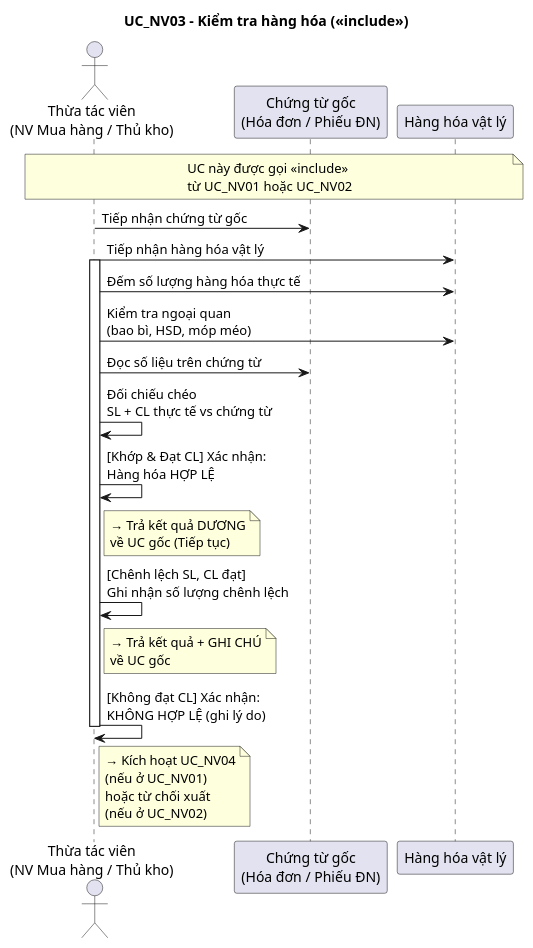
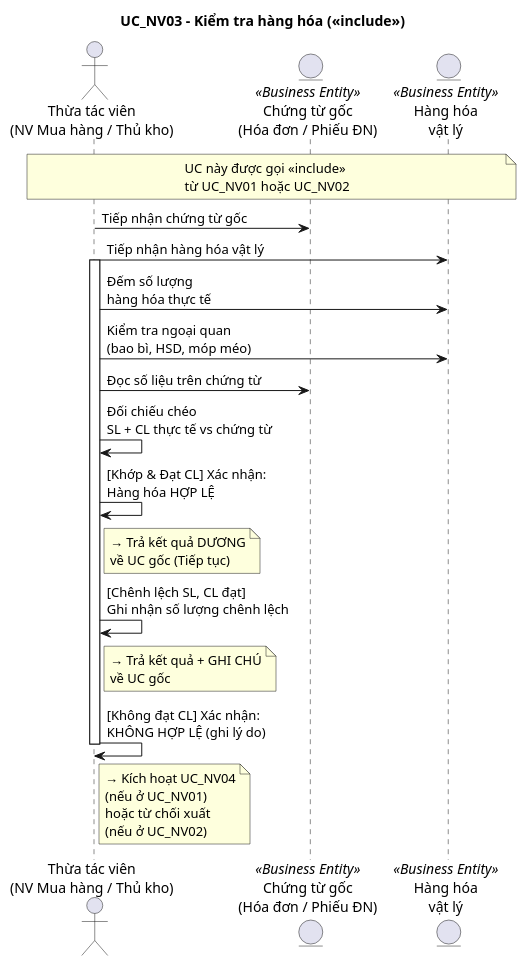
One commit to OXplakhoa/StorageManager changed the diagram in diagrams/sequence_nv/seq_uc_nv03_kiem_tra.md. Above: the diagram before and after it, drawn with PlantUML. The commit also changed 9 other files, not shown here.

Commit message:
feat: add more skills base on syllabus and fix sequence diagram

````diff
--- a/diagrams/sequence_nv/seq_uc_nv03_kiem_tra.md
+++ b/diagrams/sequence_nv/seq_uc_nv03_kiem_tra.md
@@ -3,32 +3,32 @@
 ```plantuml
 @startuml
 title UC_NV03 – Kiểm tra hàng hóa (<<include>>)
 
 actor "Thừa tác viên\n(NV Mua hàng / Thủ kho)" as TAV
-participant "Chứng từ gốc\n(Hóa đơn / Phiếu ĐN)" as CT
-participant "Hàng hóa vật lý" as HH
+entity "Chứng từ gốc\n(Hóa đơn / Phiếu ĐN)" as CT <<Business Entity>>
+entity "Hàng hóa\nvật lý" as HH <<Business Entity>>
 
 note over TAV, HH : UC này được gọi <<include>>\ntừ UC_NV01 hoặc UC_NV02
 
 TAV -> CT : Tiếp nhận chứng từ gốc
 TAV -> HH : Tiếp nhận hàng hóa vật lý
 activate TAV
 
-TAV -> HH : Đếm số lượng hàng hóa thực tế
+TAV -> HH : Đếm số lượng\nhàng hóa thực tế
 TAV -> HH : Kiểm tra ngoại quan\n(bao bì, HSD, móp méo)
 TAV -> CT : Đọc số liệu trên chứng từ
 TAV -> TAV : Đối chiếu chéo\nSL + CL thực tế vs chứng từ
 
 TAV -> TAV : [Khớp & Đạt CL] Xác nhận:\nHàng hóa HỢP LỆ
 note right of TAV : → Trả kết quả DƯƠNG\nvề UC gốc (Tiếp tục)
 
 TAV -> TAV : [Chênh lệch SL, CL đạt]\nGhi nhận số lượng chênh lệch
 note right of TAV : → Trả kết quả + GHI CHÚ\nvề UC gốc
 
 TAV -> TAV : [Không đạt CL] Xác nhận:\nKHÔNG HỢP LỆ (ghi lý do)
 note right of TAV : → Kích hoạt UC_NV04\n(nếu ở UC_NV01)\nhoặc từ chối xuất\n(nếu ở UC_NV02)
 
 deactivate TAV
 
 @enduml
 ```
````
